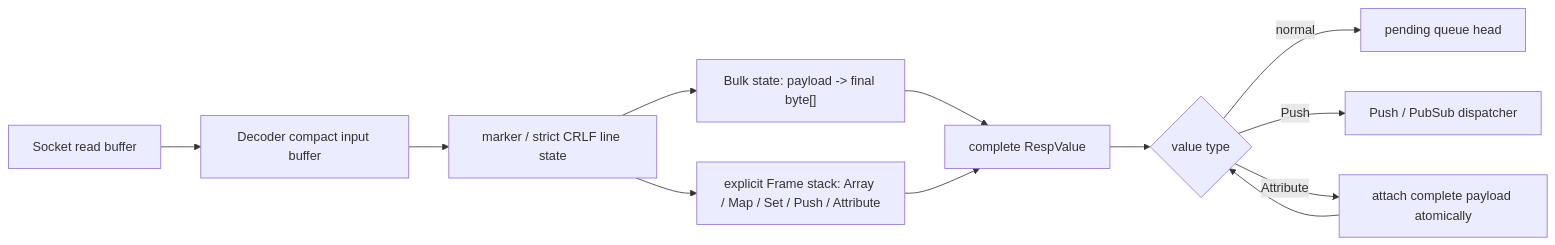
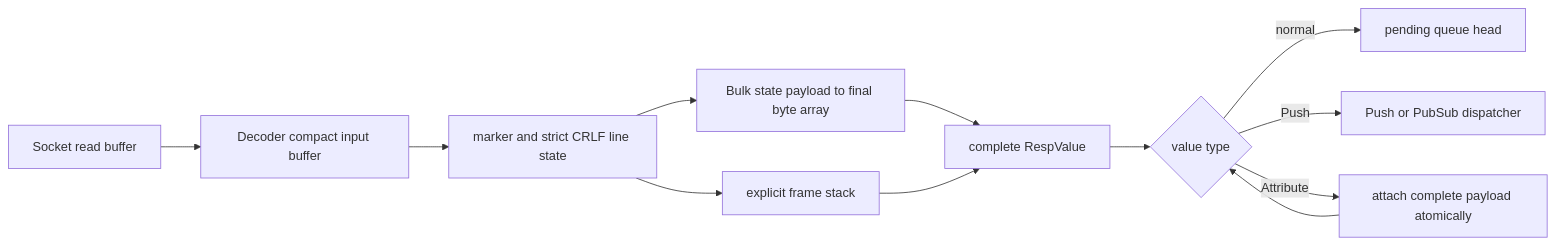
One commit to susongyan/boba-straw changed the fifth of 5 diagrams in docs/architecture/network-model.md. Above: the diagram before and after it, drawn with Mermaid. The commit also changed other lines of this file and 22 other files, not shown here.

````diff
--- a/docs/architecture/network-model.md
+++ b/docs/architecture/network-model.md
@@ -216,14 +235,14 @@
 ```mermaid
-flowchart LR
-    Socket["Socket read buffer"] --> Input["Decoder compact input buffer"]
-    Input --> Header["marker / strict CRLF line state"]
-    Header --> Bulk["Bulk state: payload -> final byte[]"]
-    Header --> Frames["explicit Frame stack: Array / Map / Set / Push / Attribute"]
-    Bulk --> Complete["complete RespValue"]
+graph LR
+    Socket[Socket read buffer] --> Input[Decoder compact input buffer]
+    Input --> Header[marker and strict CRLF line state]
+    Header --> Bulk[Bulk state payload to final byte array]
+    Header --> Frames[explicit frame stack]
+    Bulk --> Complete[complete RespValue]
     Frames --> Complete
-    Complete --> Classify{"value type"}
-    Classify -->|"normal"| Fifo["pending queue head"]
-    Classify -->|"Push"| Push["Push / PubSub dispatcher"]
-    Classify -->|"Attribute"| Atomic["attach complete payload atomically"]
+    Complete --> Classify{value type}
+    Classify -->|normal| Fifo[pending queue head]
+    Classify -->|Push| Push[Push or PubSub dispatcher]
+    Classify -->|Attribute| Atomic[attach complete payload atomically]
     Atomic --> Classify
 ```
````
